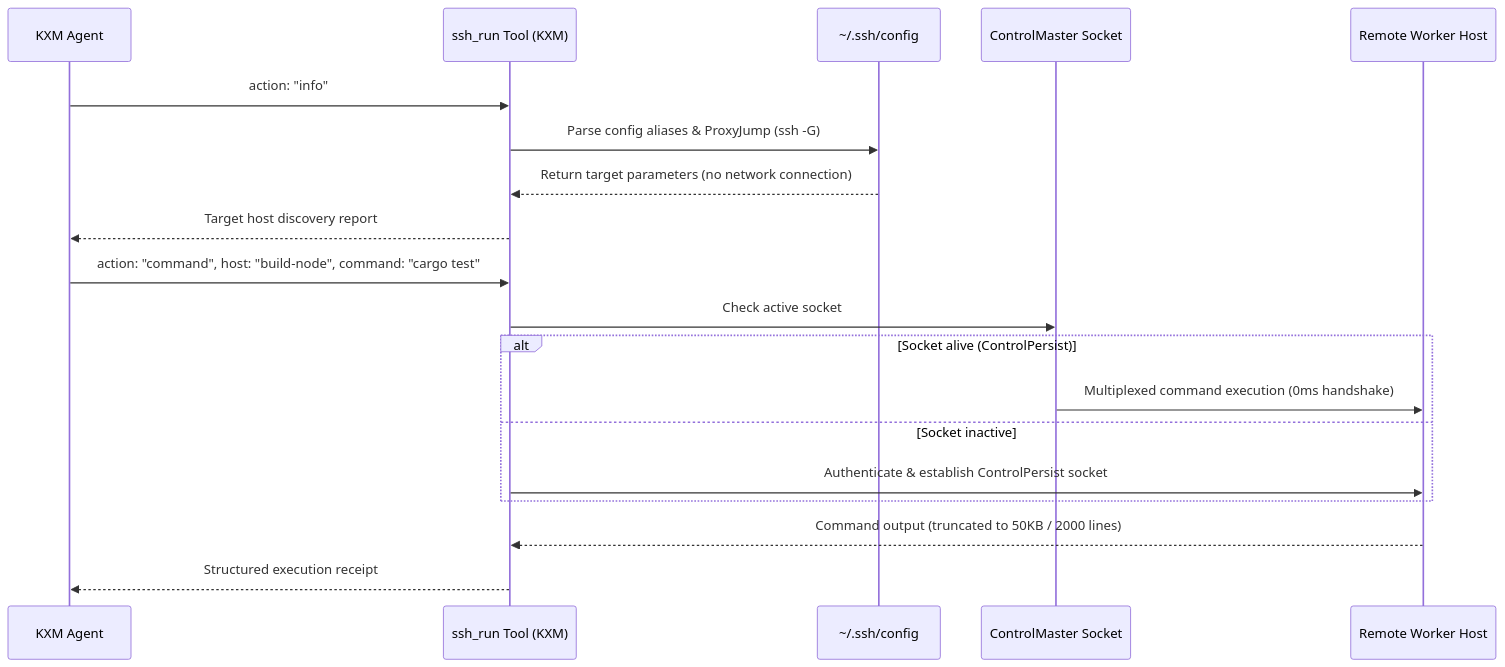
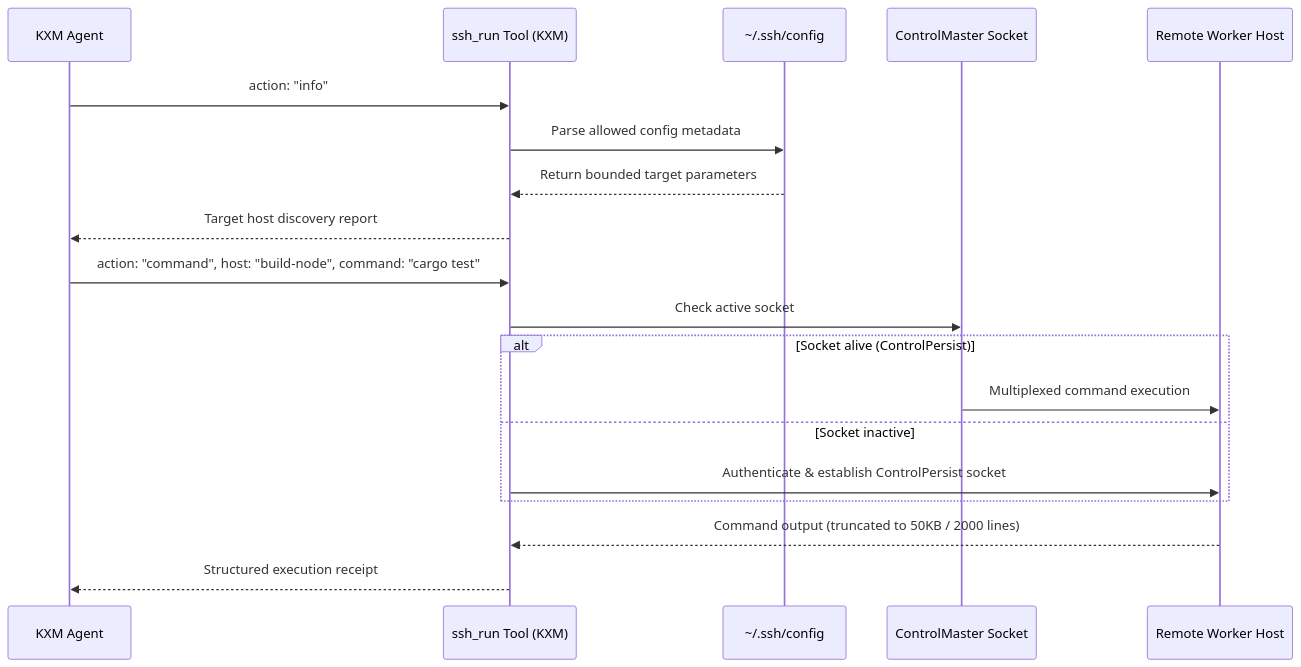
One commit to kontextmind/kxm changed the diagram in plans/plan-ssh-remote-execution.md. Above: the diagram before and after it, drawn with Mermaid. The commit also changed other lines of this file and 36 other files, not shown here.

Commit message:
docs(plans): consolidate KXM roadmap and fork research (#211)

````diff
--- a/plans/plan-ssh-remote-execution.md
+++ b/plans/plan-ssh-remote-execution.md
@@ -81,23 +84,23 @@
 ```mermaid
 sequenceDiagram
     participant Agent as KXM Agent
     participant SSHRun as ssh_run Tool (KXM)
     participant Config as ~/.ssh/config
     participant Master as ControlMaster Socket
     participant Remote as Remote Worker Host
 
     Agent->>SSHRun: action: "info"
-    SSHRun->>Config: Parse config aliases & ProxyJump (ssh -G)
-    Config-->>SSHRun: Return target parameters (no network connection)
+    SSHRun->>Config: Parse allowed config metadata
+    Config-->>SSHRun: Return bounded target parameters
     SSHRun-->>Agent: Target host discovery report
 
     Agent->>SSHRun: action: "command", host: "build-node", command: "cargo test"
     SSHRun->>Master: Check active socket
     alt Socket alive (ControlPersist)
-        Master->>Remote: Multiplexed command execution (0ms handshake)
+        Master->>Remote: Multiplexed command execution
     else Socket inactive
         SSHRun->>Remote: Authenticate & establish ControlPersist socket
     end
     Remote-->>SSHRun: Command output (truncated to 50KB / 2000 lines)
     SSHRun-->>Agent: Structured execution receipt
 ```
````
